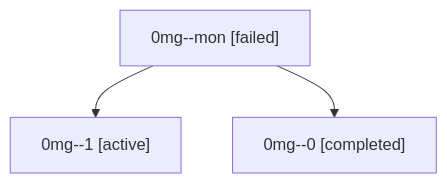
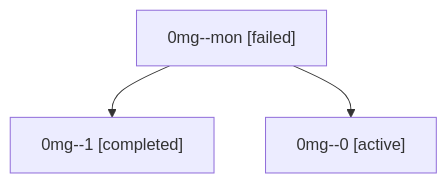
The diagram in families/bbugyi200.athena.0mg.md (sase-org/sase--agents), drawn with Mermaid before and after one commit. The commit also changed other lines of this file and 35830 other files, not shown here.

````diff
--- a/families/bbugyi200.athena.0mg.md
+++ b/families/bbugyi200.athena.0mg.md
@@ -9,8 +9,8 @@
 ```mermaid
 flowchart TD
   n0["0mg--mon [failed]"]
-  n1["0mg--1 [active]"]
+  n1["0mg--1 [completed]"]
   n0 --> n1
-  n2["0mg--0 [completed]"]
+  n2["0mg--0 [active]"]
   n0 --> n2
 ```
````
